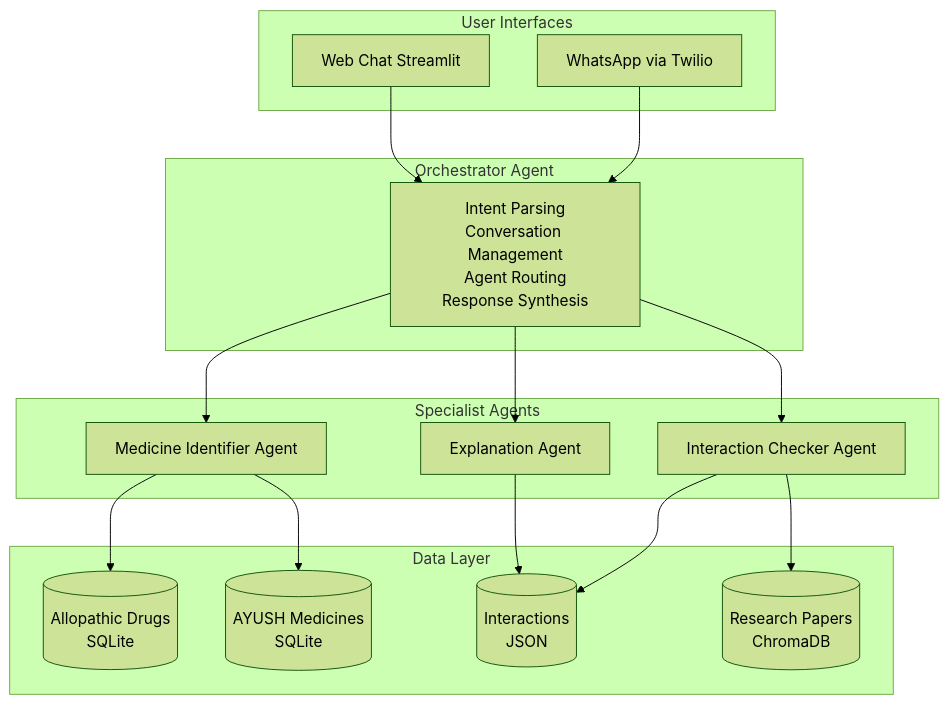
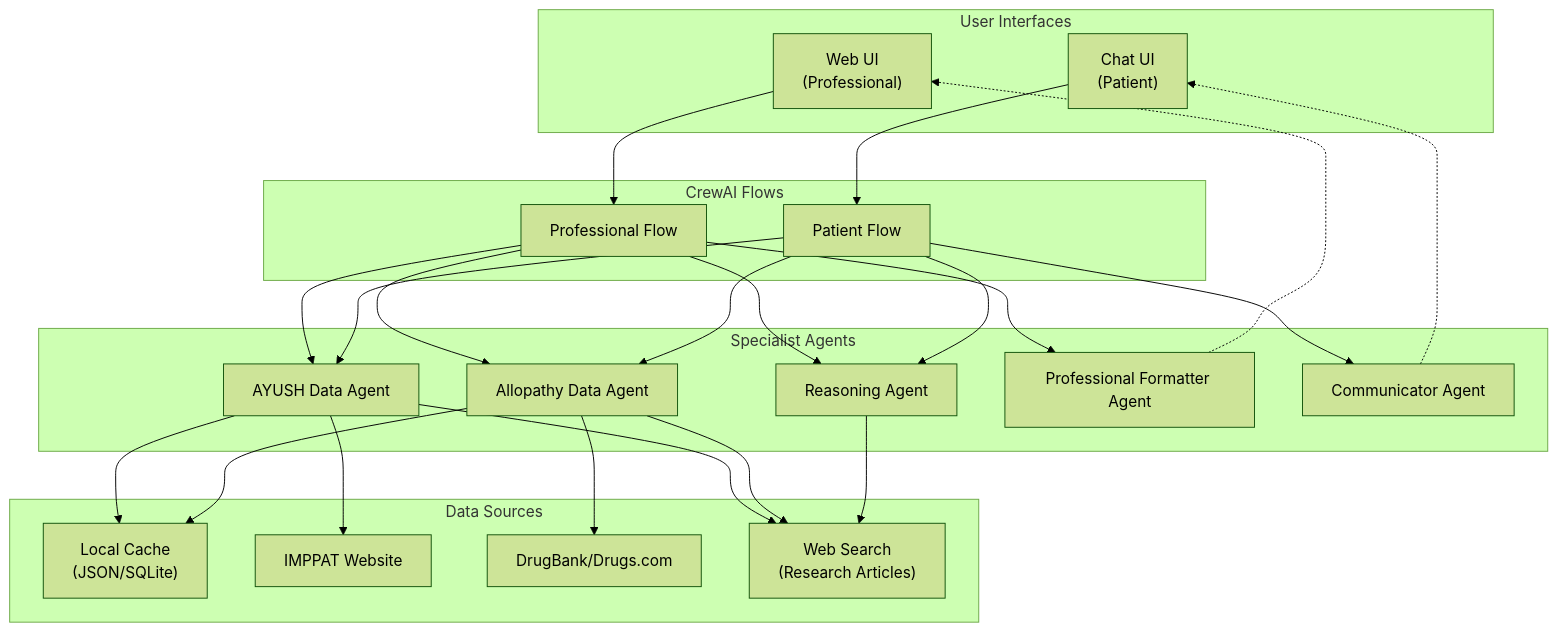
The first of 6 diagrams in .kiro/specs/ayush-allopathy-checker/design.md (Ankan54/AushadhiMitra-ayush-allopathy-interaction-checker), drawn with Mermaid (forest theme) before and after one commit. The commit also changed other lines of this file and 1 other file, not shown here.

````diff
--- a/.kiro/specs/ayush-allopathy-checker/design.md
+++ b/.kiro/specs/ayush-allopathy-checker/design.md
@@ -29,35 +35,53 @@
 ```mermaid
 graph TB
     subgraph UI["User Interfaces"]
-        WA[WhatsApp via Twilio]
-        WEB[Web Chat Streamlit]
+        WEB["Web UI<br/>(Professional)"]
+        CHAT["Chat UI<br/>(Patient)"]
     end
     
-    subgraph ORCH["Orchestrator Agent"]
-        OA[Intent Parsing<br/>Conversation Management<br/>Agent Routing<br/>Response Synthesis]
+    subgraph FLOWS["CrewAI Flows"]
+        PF["Professional Flow"]
+        CF["Patient Flow"]
     end
     
     subgraph AGENTS["Specialist Agents"]
-        MIA[Medicine Identifier Agent]
-        ICA[Interaction Checker Agent]
-        EA[Explanation Agent]
+        AYUSH["AYUSH Data Agent"]
+        ALLO["Allopathy Data Agent"]
+        REASON["Reasoning Agent"]
+        PROFORMAT["Professional Formatter Agent"]
+        COMM["Communicator Agent"]
     end
     
-    subgraph DATA["Data Layer"]
-        ALLO[(Allopathic Drugs<br/>SQLite)]
-        AYUSH[(AYUSH Medicines<br/>SQLite)]
-        INTER[(Interactions<br/>JSON)]
-        RAG[(Research Papers<br/>ChromaDB)]
+    subgraph DATA["Data Sources"]
+        LOCAL["Local Cache<br/>(JSON/SQLite)"]
+        IMPPAT["IMPPAT Website"]
+        DRUGBANK["DrugBank/Drugs.com"]
+        WEBSEARCH["Web Search<br/>(Research Articles)"]
     end
     
-    WA --> OA
-    WEB --> OA
-    OA --> MIA
-    OA --> ICA
-    OA --> EA
-    MIA --> ALLO
-    MIA --> AYUSH
-    ICA --> INTER
-    ICA --> RAG
-    EA --> INTER
+    WEB --> PF
+    CHAT --> CF
+    
+    PF --> AYUSH
+    PF --> ALLO
+    CF --> AYUSH
+    CF --> ALLO
+    
+    AYUSH --> LOCAL
+    AYUSH --> IMPPAT
+    AYUSH --> WEBSEARCH
+    
+    ALLO --> LOCAL
+    ALLO --> DRUGBANK
+    ALLO --> WEBSEARCH
+    
+    PF --> REASON
+    CF --> REASON
+    
+    REASON --> WEBSEARCH
+    
+    PF --> PROFORMAT
+    PROFORMAT -.-> WEB
+    CF --> COMM
+    COMM -.-> CHAT
 ```
````
